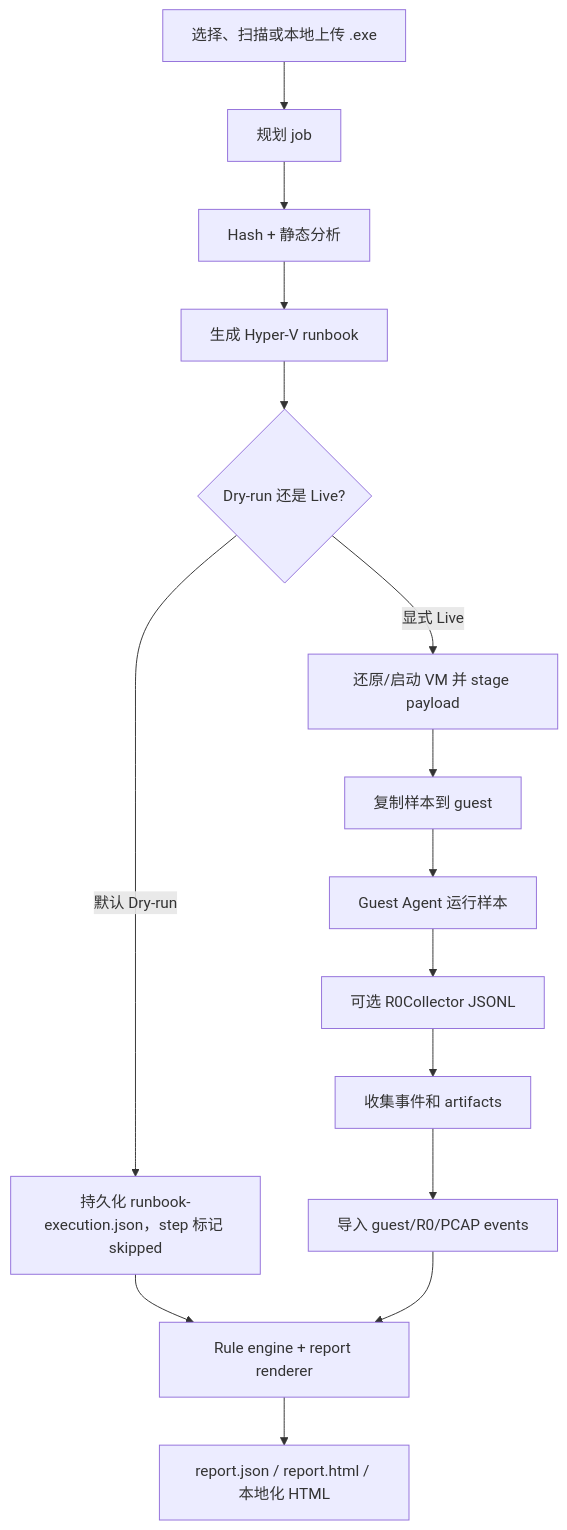
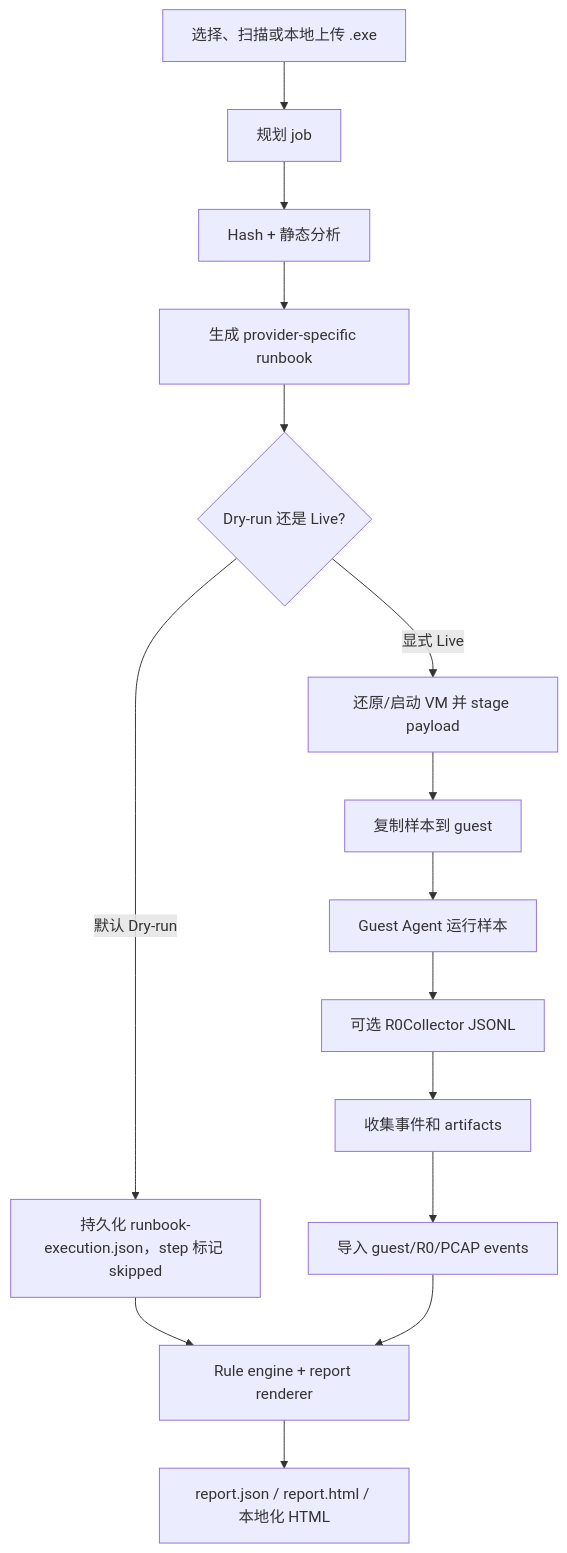
Before and after one commit to KSwordDEV/KSwordSandbox: the diagram in docs/current-architecture-and-operations.md, drawn with Mermaid. The commit also changed other lines of this file and 18 other files, not shown here.

````diff
--- a/docs/current-architecture-and-operations.md
+++ b/docs/current-architecture-and-operations.md
@@ -81,17 +82,17 @@
 ```mermaid
 flowchart TD
     A["选择、扫描或本地上传 .exe"] --> B["规划 job"]
     B --> C["Hash + 静态分析"]
-    C --> D["生成 Hyper-V runbook"]
+    C --> D["生成 provider-specific runbook"]
     D --> E{"Dry-run 还是 Live?"}
     E -->|"默认 Dry-run"| F["持久化 runbook-execution.json，step 标记 skipped"]
     E -->|"显式 Live"| G["还原/启动 VM 并 stage payload"]
     G --> H["复制样本到 guest"]
     H --> I["Guest Agent 运行样本"]
     I --> J["可选 R0Collector JSONL"]
     J --> K["收集事件和 artifacts"]
     K --> L["导入 guest/R0/PCAP events"]
     F --> M["Rule engine + report renderer"]
     L --> M
     M --> N["report.json / report.html / 本地化 HTML"]
 ```
````
